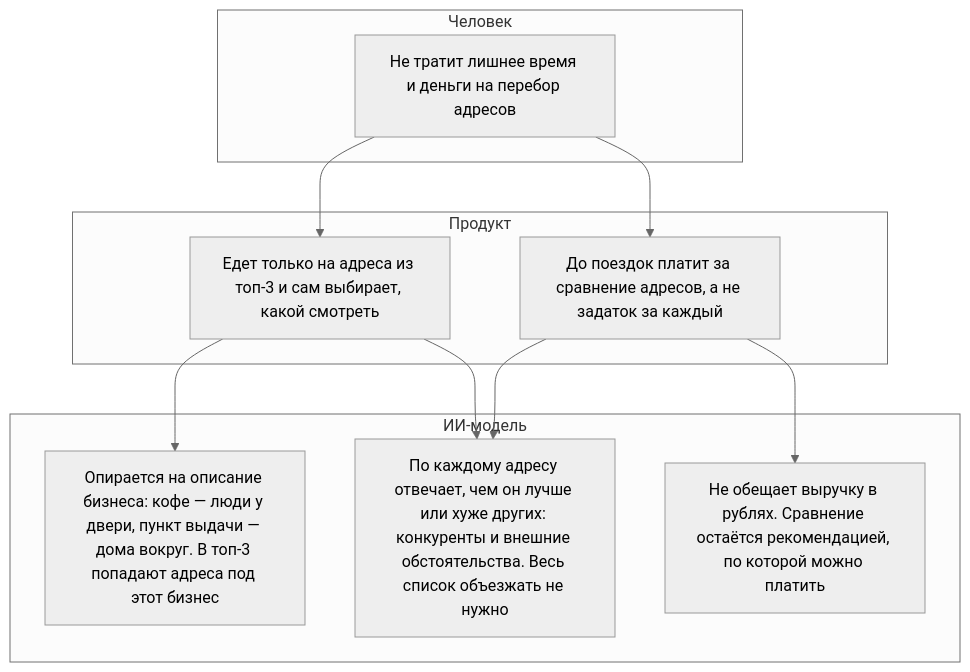
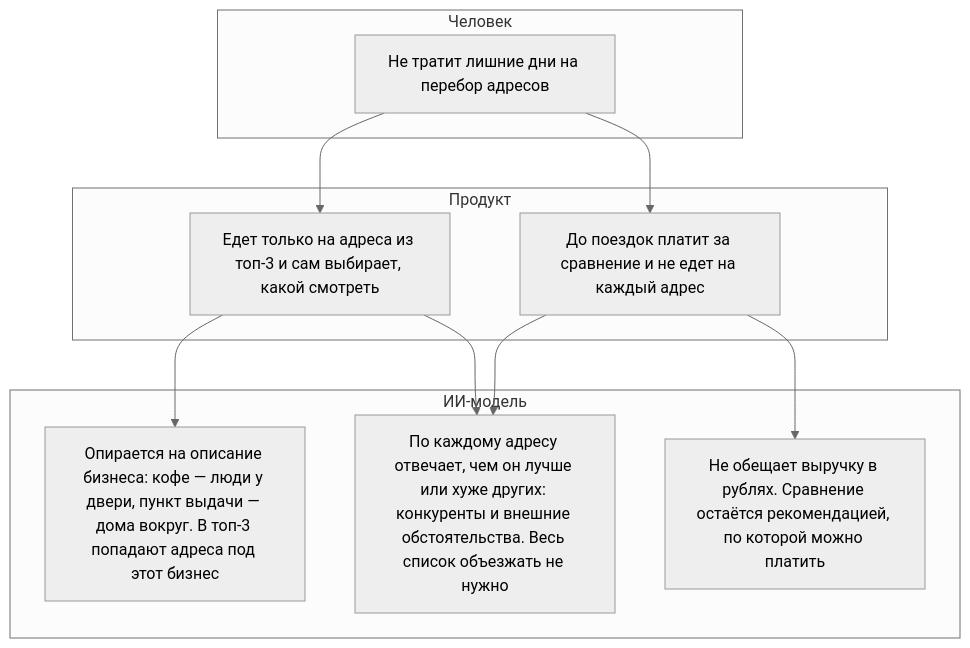
The diagram in dz-06-economics-metrics-risks.md (ShvetsovEgor/digital_product_managment), drawn with Mermaid (neutral theme) before and after one commit. The commit also changed other lines of this file and 1 other file, not shown here.

Commit message:
ДЗ-6 и ДЗ-7: цель — меньше дней на поиск, не задаток.

````diff
--- a/dz-06-economics-metrics-risks.md
+++ b/dz-06-economics-metrics-risks.md
@@ -23,22 +23,22 @@
 ```mermaid
 flowchart TD
   subgraph human["Человек"]
-    goal["Не тратит лишнее время и деньги на перебор адресов"]
+    goal["Не тратит лишние дни на перебор адресов"]
   end
   subgraph product["Продукт"]
-    p1["До поездок платит за сравнение адресов, а не задаток за каждый"]
+    p1["До поездок платит за сравнение и не едет на каждый адрес"]
     p2["Едет только на адреса из топ-3 и сам выбирает, какой смотреть"]
   end
   subgraph model["ИИ-модель"]
     m1["Опирается на описание бизнеса: кофе — люди у двери, пункт выдачи — дома вокруг. В топ-3 попадают адреса под этот бизнес"]
     m2["По каждому адресу отвечает, чем он лучше или хуже других: конкуренты и внешние обстоятельства. Весь список объезжать не нужно"]
     m3["Не обещает выручку в рублях. Сравнение остаётся рекомендацией, по которой можно платить"]
   end
 
   goal --> p1
   goal --> p2
   p1 --> m2
   p1 --> m3
   p2 --> m1
   p2 --> m2
 ```
````
